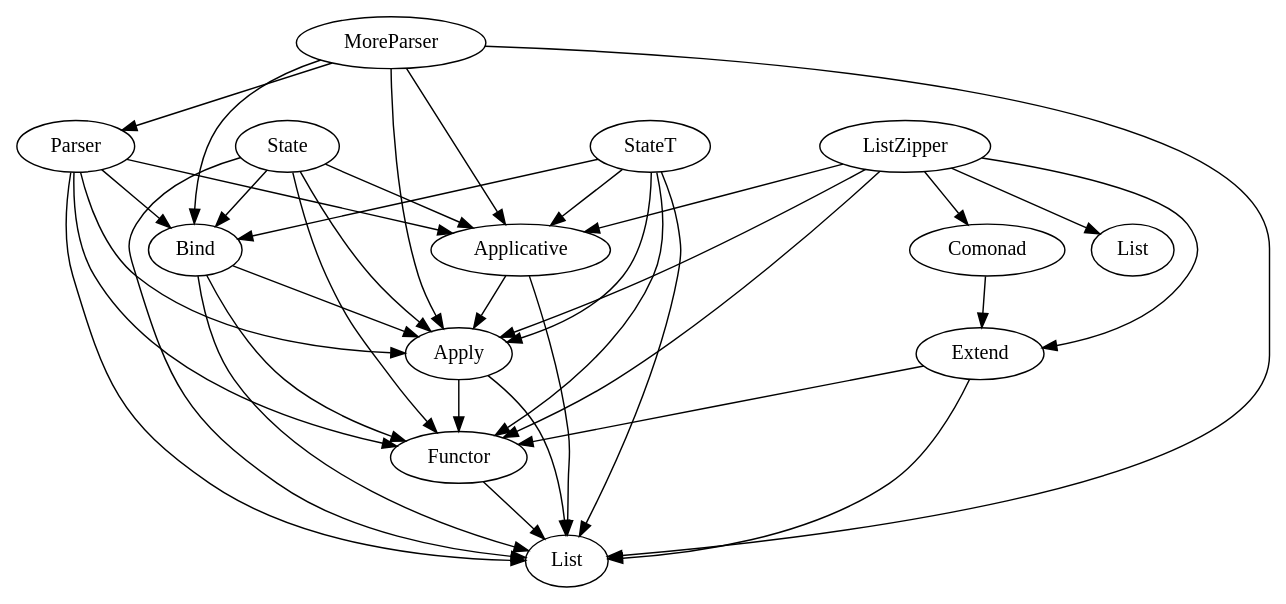
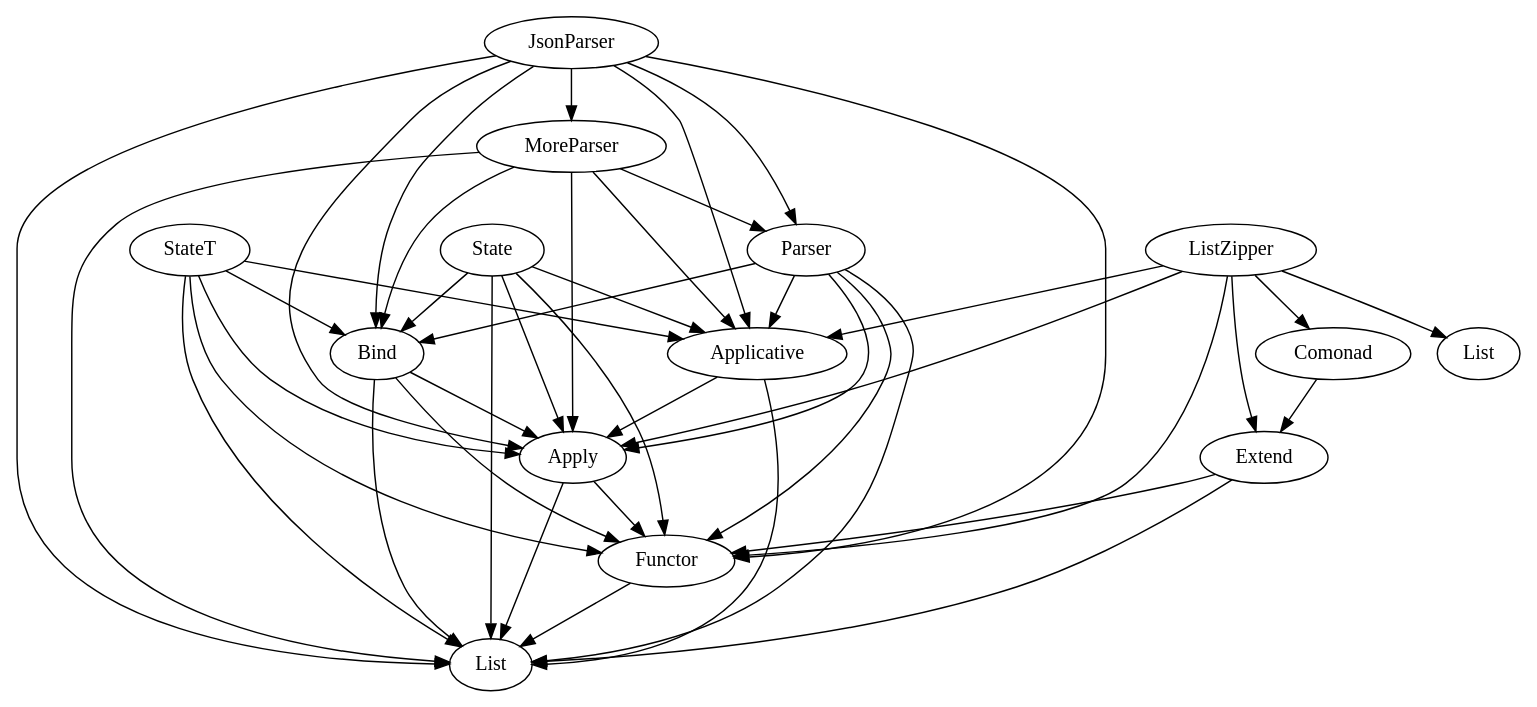
One commit to kkspeed/course changed the diagram in share/deps/exercises.dot. Above: the diagram before and after it, drawn with Graphviz. The commit also changed 1 other file, not shown here.

Commit message:
Added dependencies for JsonParser

```diff
--- a/share/deps/exercises.dot
+++ b/share/deps/exercises.dot
@@ -1,54 +1,62 @@
 digraph G {
     {
         list [label="List"];
         functor [label="Functor"];
         apply [label="Apply"];
         applicative [label="Applicative"];
         bind [label="Bind"];
         comonad [label="Comonad"];
         extend [label="Extend"];
         state [label="State"];
         stateT [label="StateT"];
         parser [label="Parser"];
         moreparser [label="MoreParser"];
         listzipper [label="ListZipper"];
+        jsonparser [label="JsonParser"];
     }
 
     functor -> list;
     apply -> list;
     apply -> functor;
     applicative -> apply;
     applicative -> list;
     bind -> list;
     bind -> apply;
     bind -> functor;
     comonad -> extend;
     extend -> list;
     extend -> functor;
     state -> list;
     state -> functor;
     state -> apply;
     state -> applicative;
     state -> bind;
     stateT -> list;
     stateT -> functor;
     stateT -> apply;
     stateT -> applicative;
     stateT -> bind;
     parser -> list;
     parser -> functor;
     parser -> apply;
     parser -> applicative;
     parser -> bind;
     moreparser -> list;
     moreparser -> parser;
     moreparser -> applicative;
     moreparser -> apply;
     moreparser -> bind;
     listzipper -> List;
     listzipper -> functor;
     listzipper -> apply;
     listzipper -> applicative;
     listzipper -> extend;
     listzipper -> comonad;
+    jsonparser -> parser;
+    jsonparser -> moreparser;
+    jsonparser -> functor;
+    jsonparser -> apply;
+    jsonparser -> applicative;
+    jsonparser -> bind;
+    jsonparser -> list;
 }
```
